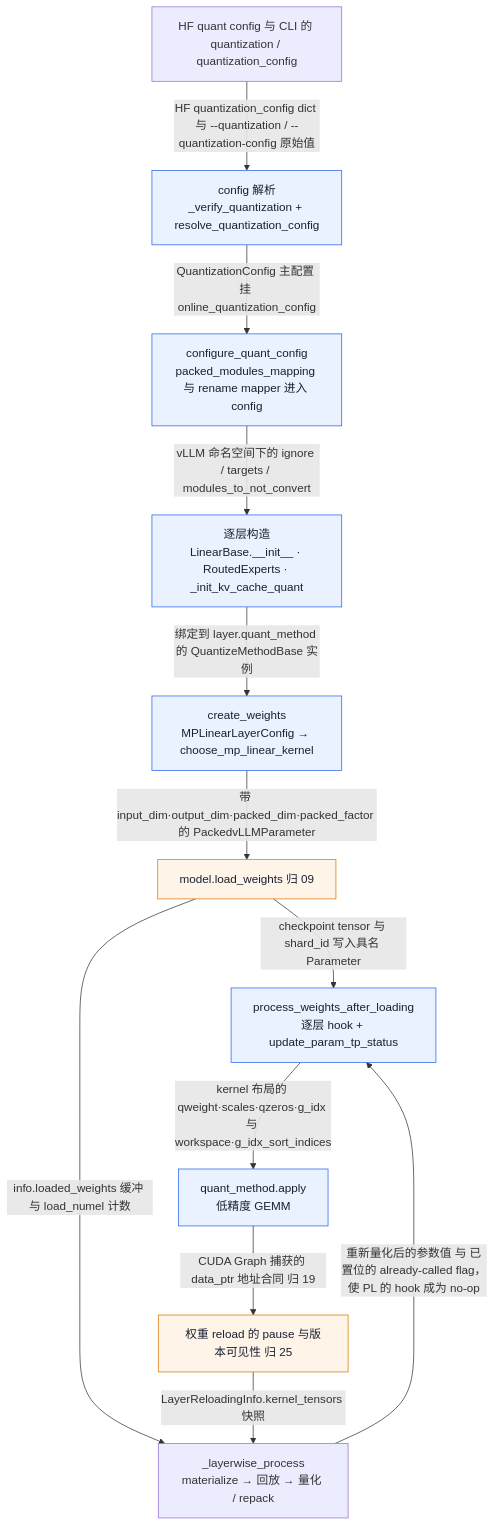
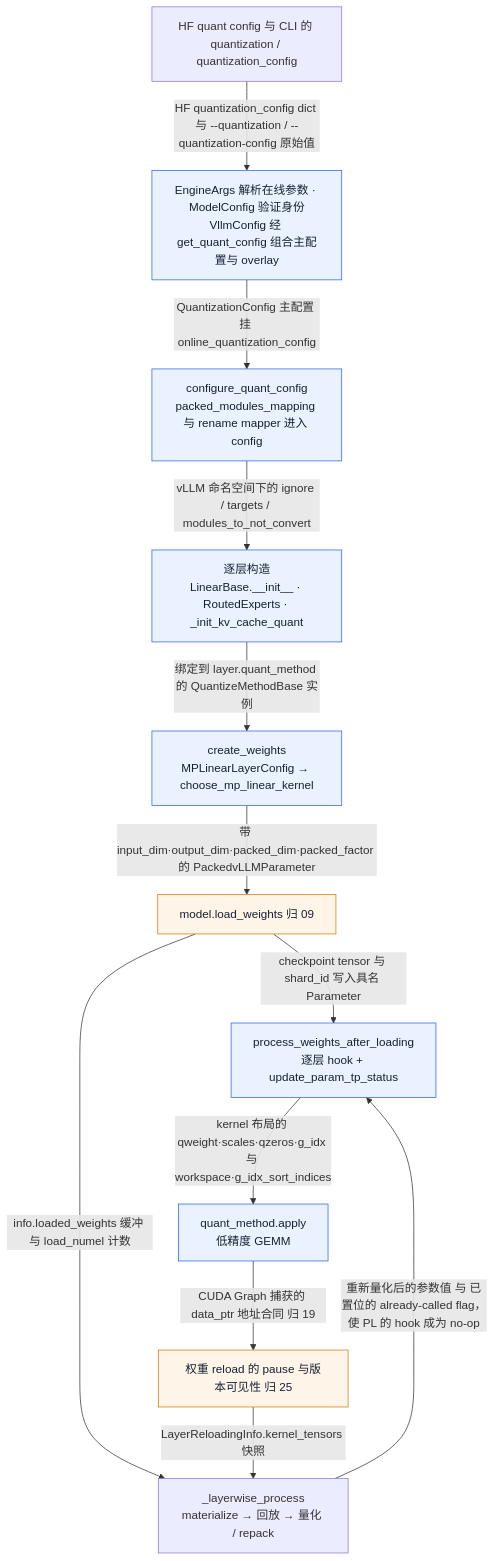
One commit to suhaibo666/llm-knowledge changed the first of 4 diagrams in wiki/02_engineering/03_infer_frameworks/vllm/17_vllm_quantization_analysis.md. Above: the diagram before and after it, drawn with Mermaid. The commit also changed other lines of this file and 59 other files, not shown here.

````diff
--- a/wiki/02_engineering/03_infer_frameworks/vllm/17_vllm_quantization_analysis.md
+++ b/wiki/02_engineering/03_infer_frameworks/vllm/17_vllm_quantization_analysis.md
@@ -19,18 +19,18 @@
 ```mermaid
 flowchart TB
-  H["HF quant config 与 CLI 的 quantization / quantization_config"] -->|HF quantization_config dict 与 --quantization / --quantization-config 原始值| RC["config 解析<br/>_verify_quantization + resolve_quantization_config"]
+  H["HF quant config 与 CLI 的 quantization / quantization_config"] -->|HF quantization_config dict 与 --quantization / --quantization-config 原始值| RC["EngineArgs 解析在线参数 · ModelConfig 验证身份<br/>VllmConfig 经 get_quant_config 组合主配置与 overlay"]
   RC -->|QuantizationConfig 主配置 挂 online_quantization_config| CM["configure_quant_config<br/>packed_modules_mapping 与 rename mapper 进入 config"]
   CM -->|vLLM 命名空间下的 ignore / targets / modules_to_not_convert| RM["逐层构造<br/>LinearBase.__init__ · RoutedExperts · _init_kv_cache_quant"]
   RM -->|绑定到 layer.quant_method 的 QuantizeMethodBase 实例| CW["create_weights<br/>MPLinearLayerConfig → choose_mp_linear_kernel"]
   CW -->|带 input_dim·output_dim·packed_dim·packed_factor 的 PackedvLLMParameter| LW["model.load_weights 归 09"]
   LW -->|checkpoint tensor 与 shard_id 写入具名 Parameter| PL["process_weights_after_loading<br/>逐层 hook + update_param_tp_status"]
   PL -->|kernel 布局的 qweight·scales·qzeros·g_idx 与 workspace·g_idx_sort_indices| AP["quant_method.apply<br/>低精度 GEMM"]
   LW -->|info.loaded_weights 缓冲 与 load_numel 计数| LP["_layerwise_process<br/>materialize → 回放 → 量化 / repack"]
   LP -->|重新量化后的参数值 与 已置位的 already-called flag，使 PL 的 hook 成为 no-op| PL
   RL["权重 reload 的 pause 与版本可见性 归 25"] -->|LayerReloadingInfo.kernel_tensors 快照| LP
   AP -->|CUDA Graph 捕获的 data_ptr 地址合同 归 19| RL
   classDef acc1 fill:#eaf2ff,stroke:#2563eb,color:#172033;
   classDef acc2 fill:#fff4e8,stroke:#d97706,color:#172033;
   class RC,CM,RM,CW,PL,AP acc1;
   class LW,RL acc2;
 ```
````
